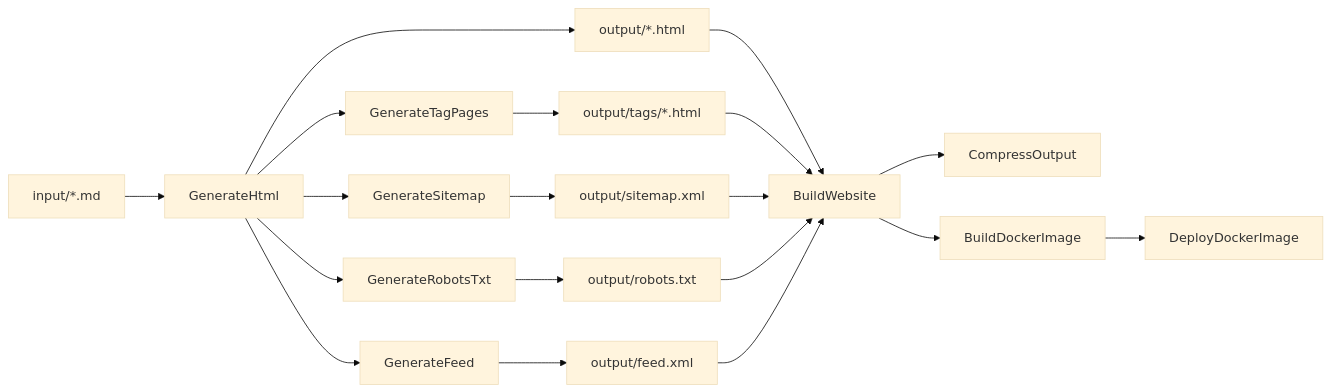
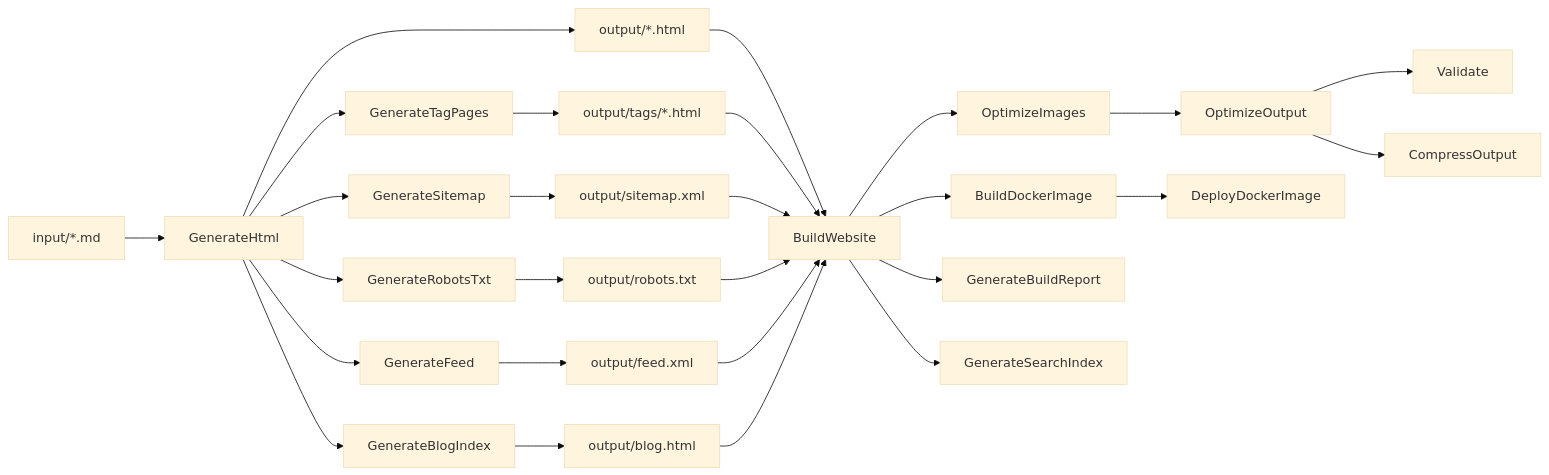
One commit to Atypical-Consulting/StaticWGen changed the diagram in README.md. Above: the diagram before and after it, drawn with Mermaid (base theme). The commit also changed other lines of this file and 22 other files, not shown here.

````diff
--- a/README.md
+++ b/README.md
@@ -26,17 +38,24 @@
 ```mermaid
 graph LR
     A[input/*.md] --> B[GenerateHtml]
     B --> C[output/*.html]
     B --> D[GenerateTagPages]
     B --> E[GenerateSitemap]
     B --> F[GenerateRobotsTxt]
     B --> G[GenerateFeed]
-    D --> H[output/tags/*.html]
-    E --> I[output/sitemap.xml]
-    F --> J[output/robots.txt]
-    G --> K[output/feed.xml]
-    C & H & I & J & K --> L[BuildWebsite]
-    L --> M[CompressOutput]
-    L --> N[BuildDockerImage]
-    N --> O[DeployDockerImage]
+    B --> H[GenerateBlogIndex]
+    D --> I[output/tags/*.html]
+    E --> J[output/sitemap.xml]
+    F --> K[output/robots.txt]
+    G --> L[output/feed.xml]
+    H --> M[output/blog.html]
+    C & I & J & K & L & M --> N[BuildWebsite]
+    N --> O[OptimizeImages]
+    O --> P[OptimizeOutput]
+    P --> Q[Validate]
+    P --> R[CompressOutput]
+    N --> S[BuildDockerImage]
+    S --> T[DeployDockerImage]
+    N --> U[GenerateBuildReport]
+    N --> V[GenerateSearchIndex]
 ```
````
